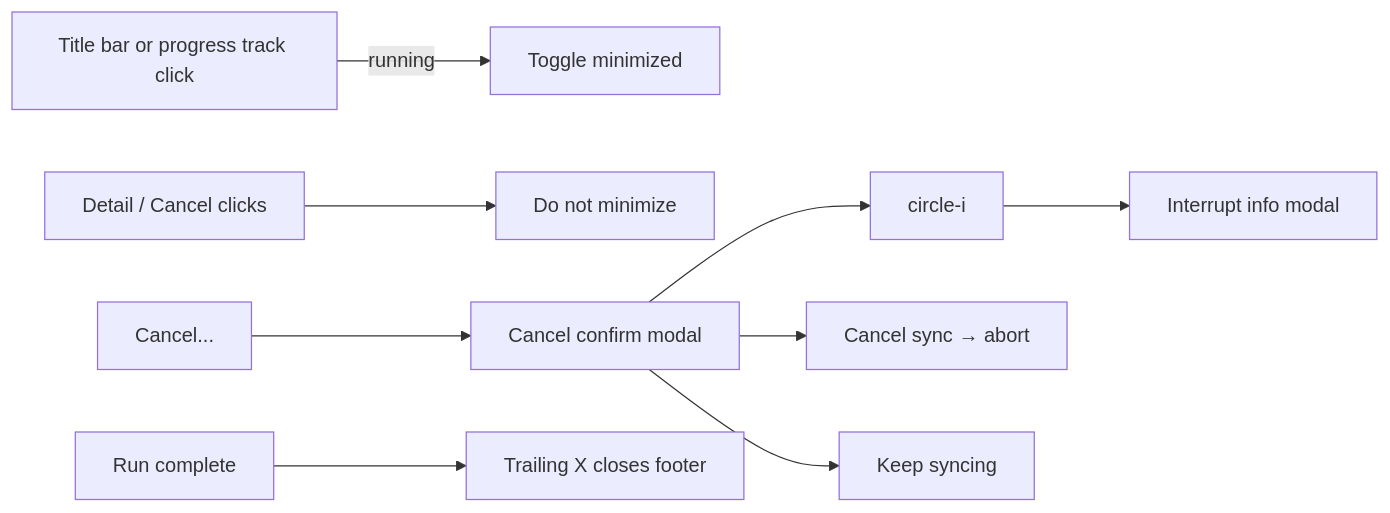
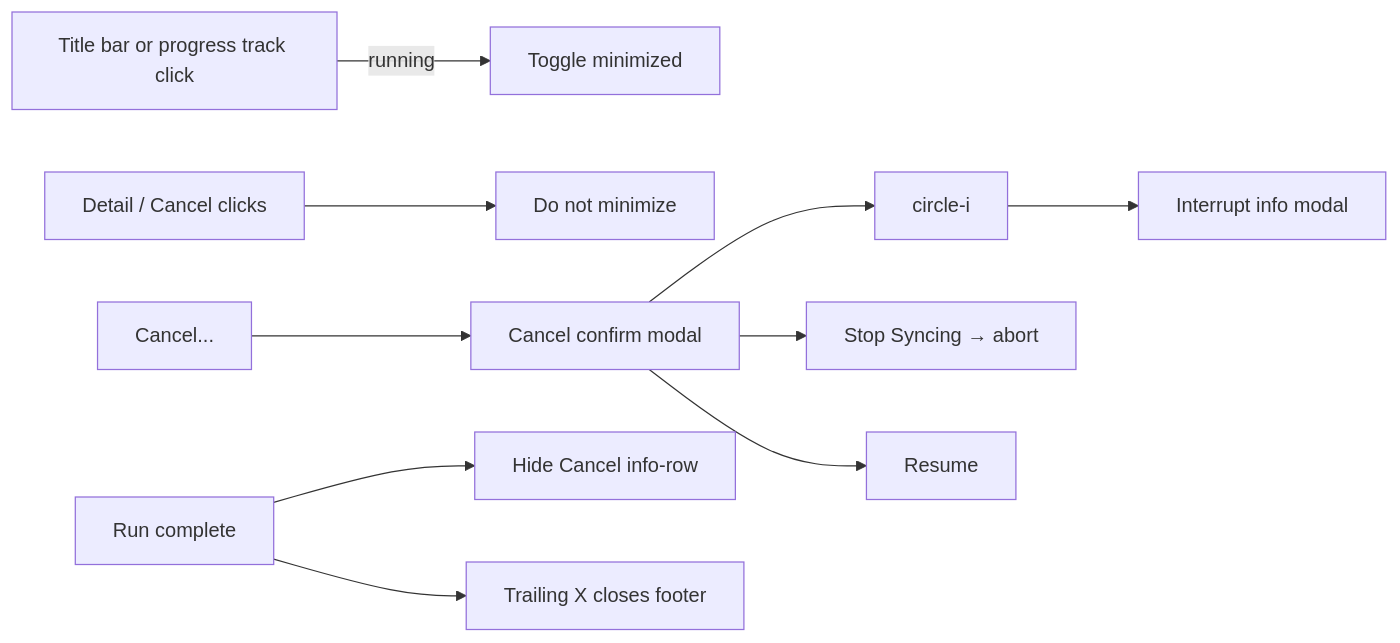
Before and after one commit to daledesilva/obsidian-dropbox-sync: the third of 4 diagrams in docs/manual-sync-section-progress.md, drawn with Mermaid. The commit also changed other lines of this file and 11 other files, not shown here.

````diff
--- a/docs/manual-sync-section-progress.md
+++ b/docs/manual-sync-section-progress.md
@@ -61,10 +63,11 @@
 ```mermaid
 flowchart LR
   TitleOrTrack[Title bar or progress track click] -->|running| MinToggle[Toggle minimized]
   Detail[Detail / Cancel clicks] --> NoMin[Do not minimize]
   CancelBtn[Cancel...] --> Confirm[Cancel confirm modal]
   Confirm --> InfoIcon[circle-i] --> InterruptInfo[Interrupt info modal]
-  Confirm --> Abort[Cancel sync → abort]
-  Confirm --> Keep[Keep syncing]
-  Complete[Run complete] --> X[Trailing X closes footer]
+  Confirm --> Abort[Stop Syncing → abort]
+  Confirm --> Keep[Resume]
+  Complete[Run complete] --> CollapseCancel[Hide Cancel info-row]
+  Complete --> X[Trailing X closes footer]
 ```
````
